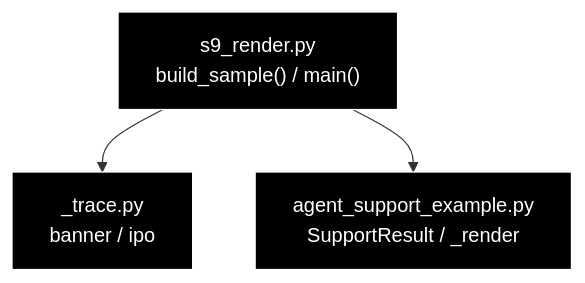
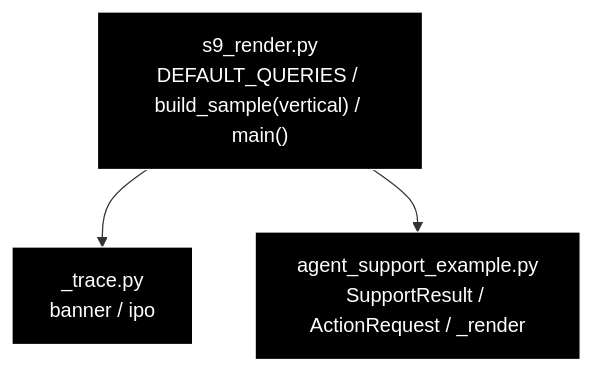
The third of 3 diagrams in grace/step_trace/docs/s9_render.md (nakashima2toshio/anthropic_grace_agent_v2), drawn with Mermaid before and after one commit. The commit also changed other lines of this file and 8 other files, not shown here.

````diff
--- a/grace/step_trace/docs/s9_render.md
+++ b/grace/step_trace/docs/s9_render.md
@@ -349,10 +450,10 @@
 ```mermaid
 flowchart TB
-    S9["s9_render.py<br>build_sample() / main()"]
+    S9["s9_render.py<br>DEFAULT_QUERIES / build_sample(vertical) / main()"]
     TRACE["_trace.py<br>banner / ipo"]
-    ASE["agent_support_example.py<br>SupportResult / _render"]
+    ASE["agent_support_example.py<br>SupportResult / ActionRequest / _render"]
     S9 --> TRACE
     S9 --> ASE
 classDef default fill:#000,stroke:#fff,color:#fff
 class S9,TRACE,ASE default
 ```
````
